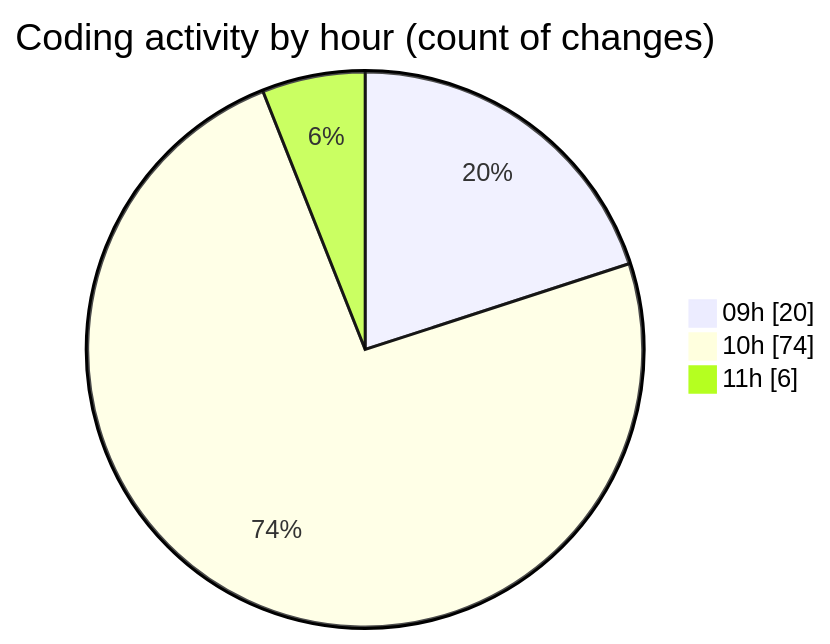
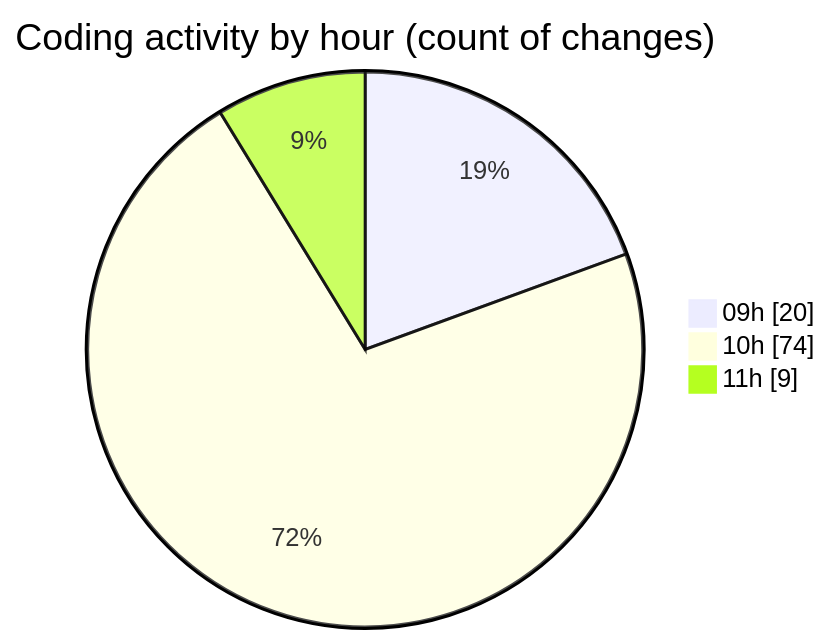
One commit to CELIANVF/code-tracking changed the second of 2 diagrams in 2025-06-06/ecodeli-1/README.md. Above: the diagram before and after it, drawn with Mermaid. The commit also changed other lines of this file and 1 other file, not shown here.

````diff
--- a/2025-06-06/ecodeli-1/README.md
+++ b/2025-06-06/ecodeli-1/README.md
@@ -59,7 +62,7 @@
 ```mermaid
 pie showData
 title Coding activity by hour (count of changes)
 "09h" : 20
 "10h" : 74
-"11h" : 6
+"11h" : 9
 ```
````
